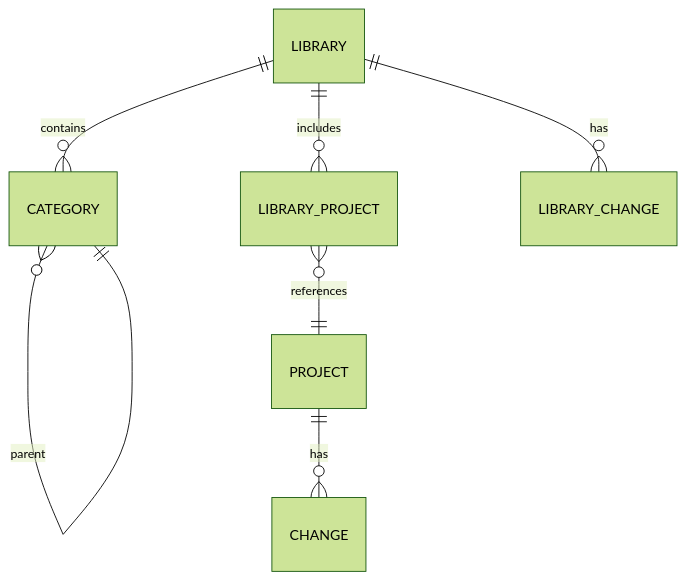
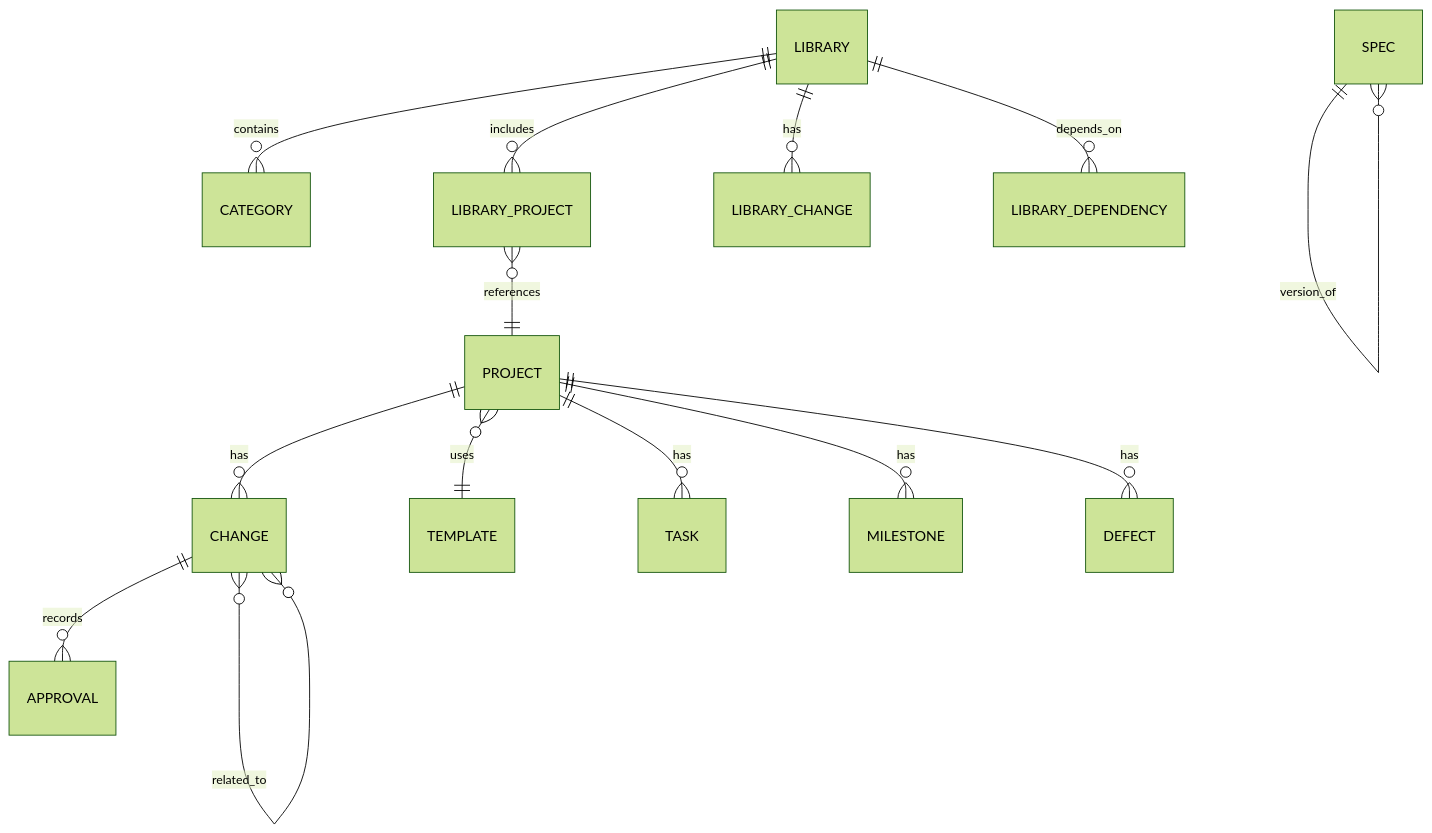
One commit to baiyangfu-hash/My_Workspace changed the third of 5 diagrams in 01_Project自动化项目管理/Python自动化项目总库/02_在研项目/SW-2026-004_Python项目管理工具/01_项目文档/02_规划过程/07_架构设计文档_ARCH.md. Above: the diagram before and after it, drawn with Mermaid (forest theme). The commit also changed other lines of this file and 189 other files, not shown here.

````diff
--- a/01_Project自动化项目管理/Python自动化项目总库/02_在研项目/SW-2026-004_Python项目管理工具/01_项目文档/02_规划过程/07_架构设计文档_ARCH.md
+++ b/01_Project自动化项目管理/Python自动化项目总库/02_在研项目/SW-2026-004_Python项目管理工具/01_项目文档/02_规划过程/07_架构设计文档_ARCH.md
@@ -395,9 +420,16 @@
 ```mermaid
 erDiagram
-    PROJECT ||--o{ CHANGE : has
-    LIBRARY ||--o{ CATEGORY : contains
-    LIBRARY ||--o{ LIBRARY_PROJECT : includes
-    LIBRARY ||--o{ LIBRARY_CHANGE : has
-    LIBRARY_PROJECT }o--|| PROJECT : references
-    CATEGORY }o--|| CATEGORY : parent
+    PROJECT ||--o{ CHANGE : "has"
+    PROJECT }o--|| TEMPLATE : "uses"
+    LIBRARY ||--o{ CATEGORY : "contains"
+    LIBRARY ||--o{ LIBRARY_PROJECT : "includes"
+    LIBRARY_PROJECT }o--|| PROJECT : "references"
+    LIBRARY ||--o{ LIBRARY_CHANGE : "has"
+    LIBRARY ||--o{ LIBRARY_DEPENDENCY : "depends_on"
+    PROJECT ||--o{ TASK : "has"
+    PROJECT ||--o{ MILESTONE : "has"
+    PROJECT ||--o{ DEFECT : "has"
+    CHANGE ||--o{ APPROVAL : "records"
+    CHANGE }o--o{ CHANGE : "related_to"
+    SPEC ||--o{ SPEC : "version_of"
 ```
````
